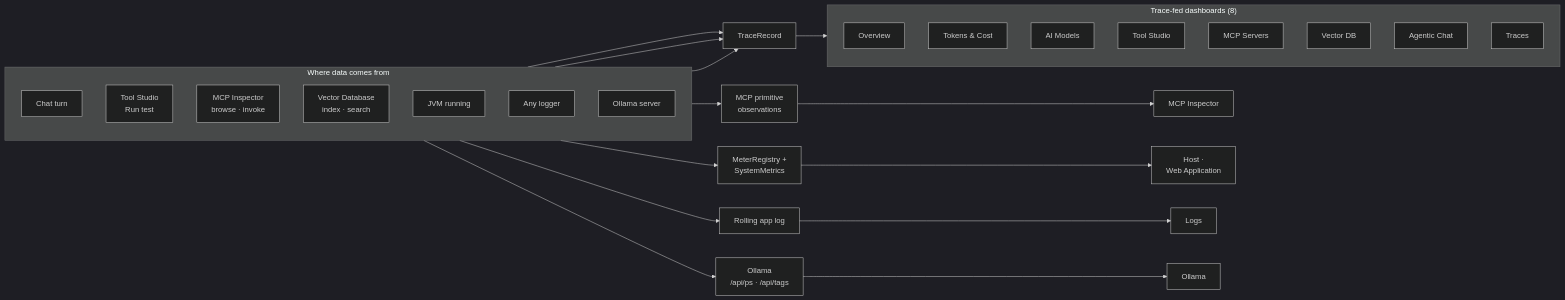
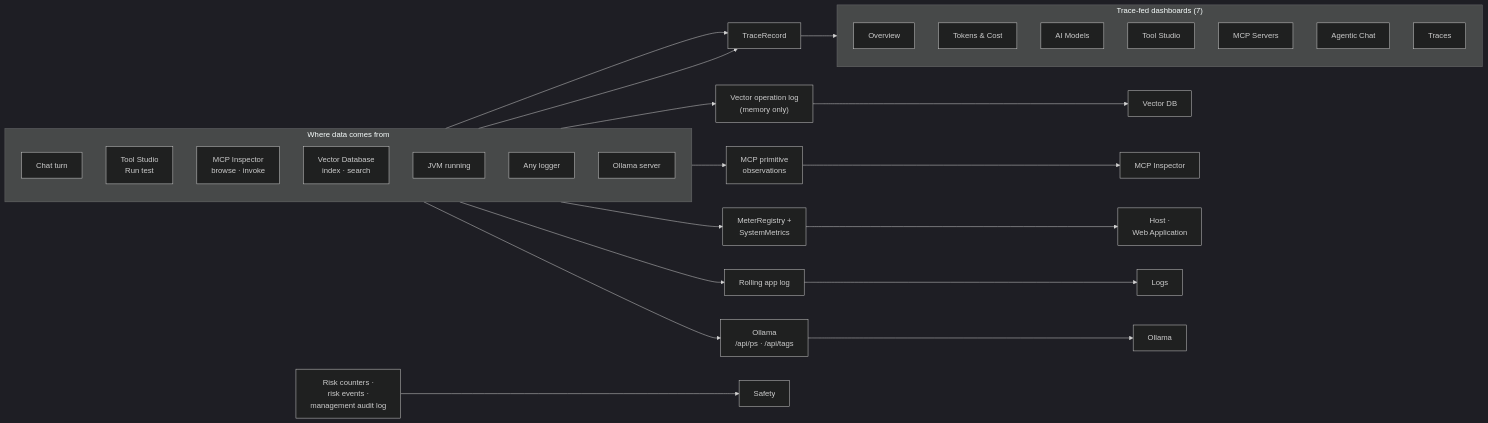
The second of 2 diagrams in docs/features/observability/index.md (spring-ai-community/spring-ai-playground), drawn with Mermaid (dark theme) before and after one commit. The commit also changed other lines of this file and 78 other files, not shown here.

````diff
--- a/docs/features/observability/index.md
+++ b/docs/features/observability/index.md
@@ -89,41 +89,43 @@
 ```mermaid
 flowchart LR
     subgraph SRC["Where data comes from"]
         direction TB
         S1["Chat turn"]
         S2["Tool Studio<br/>Run test"]
         S3["MCP Inspector<br/>browse · invoke"]
         S4["Vector Database<br/>index · search"]
         S5["JVM running"]
         S6["Any logger"]
         S7["Ollama server"]
     end
     Trace["TraceRecord"]
+    VLog["Vector operation log<br/>(memory only)"]
     Prim["MCP primitive<br/>observations"]
     Met["MeterRegistry +<br/>SystemMetrics"]
     Log["Rolling app log"]
     OllamaApi["Ollama<br/>/api/ps · /api/tags"]
     S1 --> Trace
     S2 --> Trace
-    S4 --> Trace
+    S4 --> VLog
     S3 --> Prim
     S5 --> Met
     S6 --> Log
     S7 --> OllamaApi
-    subgraph TDASH["Trace-fed dashboards (8)"]
+    subgraph TDASH["Trace-fed dashboards (7)"]
         direction TB
         D1["Overview"]
         D2["Tokens & Cost"]
         D3["AI Models"]
         D4["Tool Studio"]
         D5["MCP Servers"]
-        D6["Vector DB"]
-        D7["Agentic Chat"]
-        D8["Traces"]
+        D6["Agentic Chat"]
+        D7["Traces"]
     end
     Trace --> TDASH
+    VLog --> VDB["Vector DB"]
     Prim --> MI["MCP Inspector"]
     Met --> RUN["Host ·<br/>Web Application"]
     OllamaApi --> OLL["Ollama"]
     Log --> LG["Logs"]
+    Risk["Risk counters ·<br/>risk events ·<br/>management audit log"] --> SF["Safety"]
 ```
````
